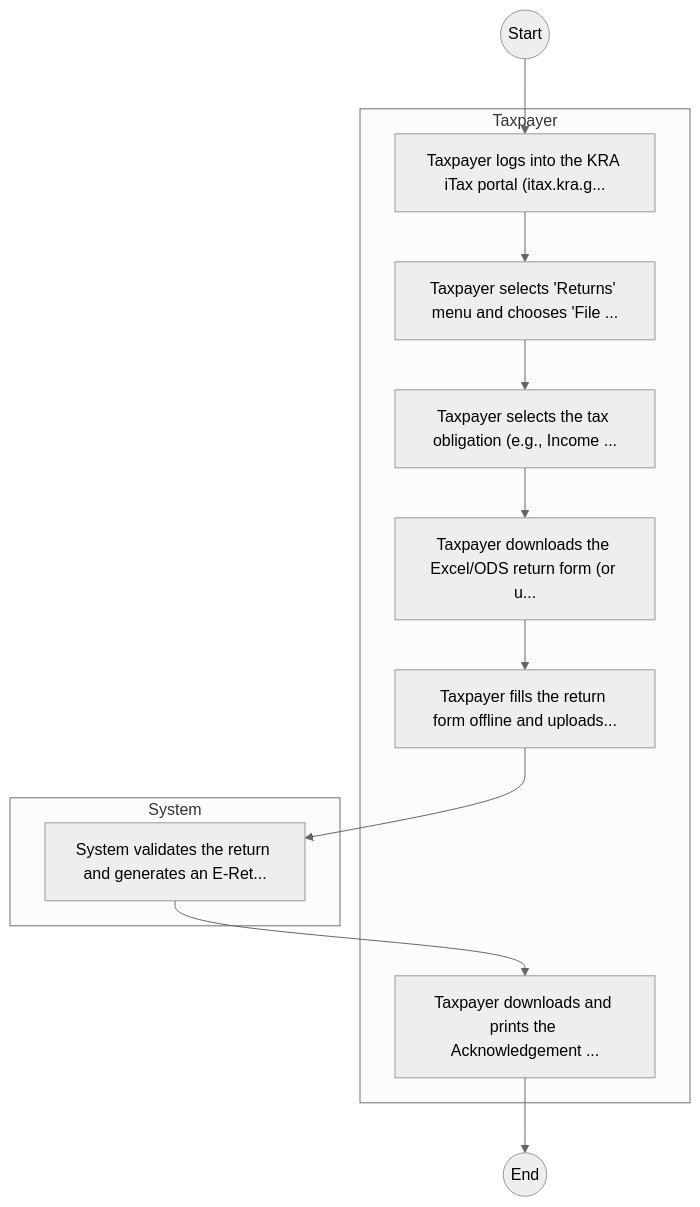
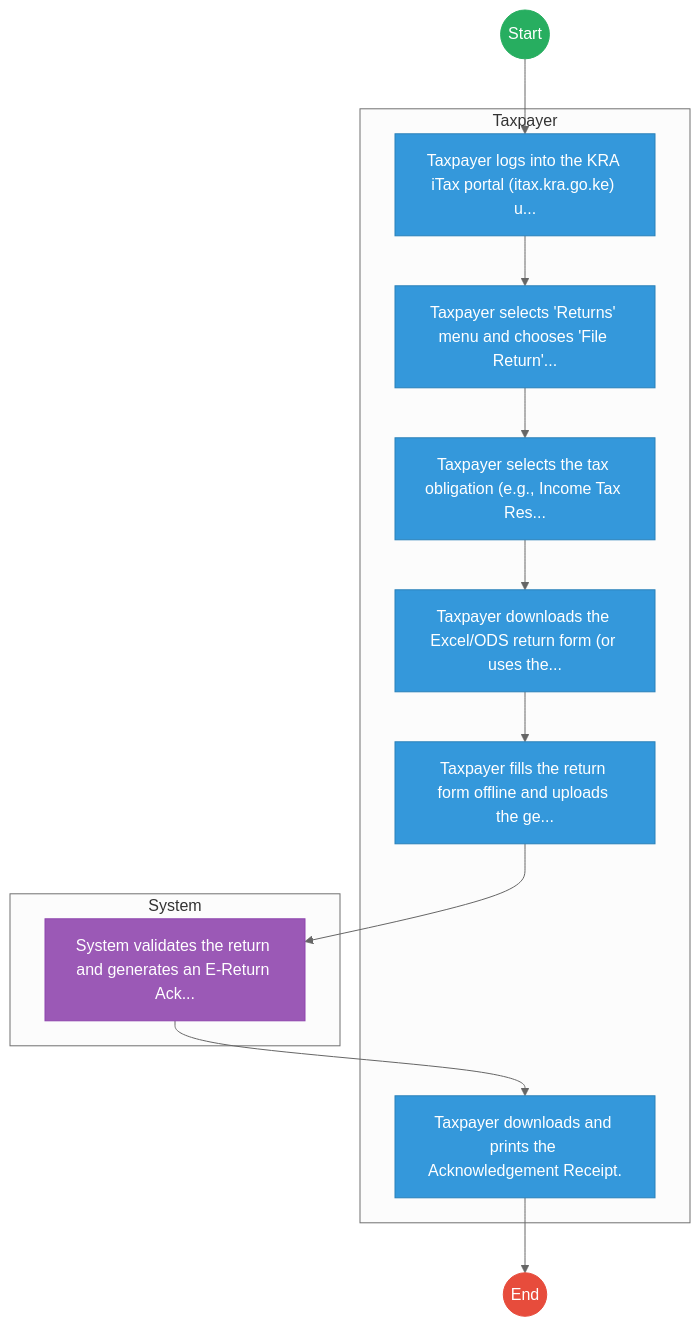
One commit to BITZ-IT-Consulting-LTD/ictapoc changed the first of 2 diagrams in mdas/docs_final/Kenya_Revenue_Authority___Tax_Return_Filing.md. Above: the diagram before and after it, drawn with Mermaid (neutral theme). The commit also changed other lines of this file and 461 other files, not shown here.

````diff
--- a/mdas/docs_final/Kenya_Revenue_Authority___Tax_Return_Filing.md
+++ b/mdas/docs_final/Kenya_Revenue_Authority___Tax_Return_Filing.md
@@ -20,22 +20,34 @@
 ```mermaid
 graph TD
     Start((Start)) --> S1
+
     subgraph Taxpayer [Taxpayer]
-        S1["Taxpayer logs into the KRA iTax portal (itax.kra.g..."]
-        S2["Taxpayer selects 'Returns' menu and chooses 'File ..."]
-        S3["Taxpayer selects the tax obligation (e.g., Income ..."]
-        S4["Taxpayer downloads the Excel/ODS return form (or u..."]
-        S5["Taxpayer fills the return form offline and uploads..."]
-        S7["Taxpayer downloads and prints the Acknowledgement ..."]
+        S1["Taxpayer logs into the KRA iTax portal (itax.kra.go.ke) u..."]
+        S2["Taxpayer selects 'Returns' menu and chooses 'File Return'..."]
+        S3["Taxpayer selects the tax obligation (e.g., Income Tax Res..."]
+        S4["Taxpayer downloads the Excel/ODS return form (or uses the..."]
+        S5["Taxpayer fills the return form offline and uploads the ge..."]
+        S7["Taxpayer downloads and prints the Acknowledgement Receipt."]
     end
+
     subgraph System [System]
-        S6["System validates the return and generates an E-Ret..."]
+        S6["System validates the return and generates an E-Return Ack..."]
     end
     S1 --> S2
     S2 --> S3
     S3 --> S4
     S4 --> S5
     S5 --> S6
     S6 --> S7
     S7 --> End((End))
+
+    classDef start fill:#27ae60,stroke:#27ae60,color:#fff;
+    classDef endNode fill:#e74c3c,stroke:#e74c3c,color:#fff;
+    classDef userTask fill:#3498db,stroke:#2980b9,color:#fff;
+    classDef serviceTask fill:#9b59b6,stroke:#8e44ad,color:#fff;
+
+    class Start start;
+    class End endNode;
+    class S1,S2,S3,S4,S5,S7 userTask;
+    class S6 serviceTask;
 ```
````
